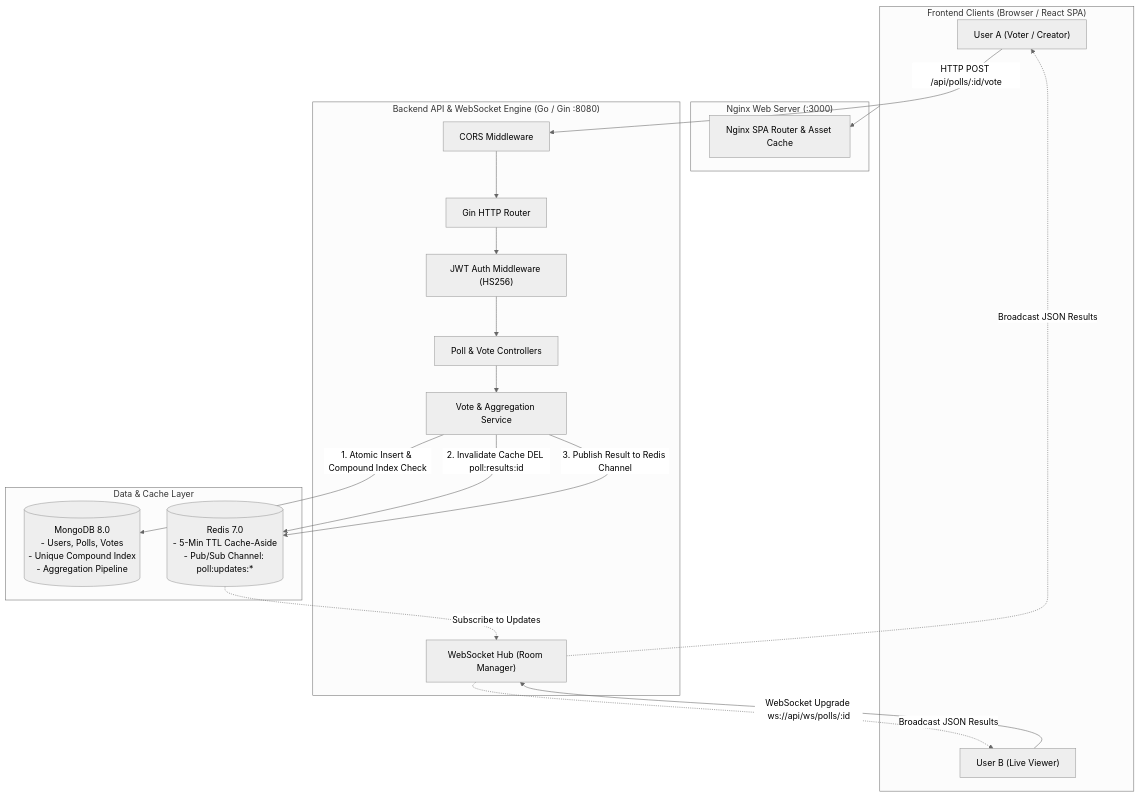
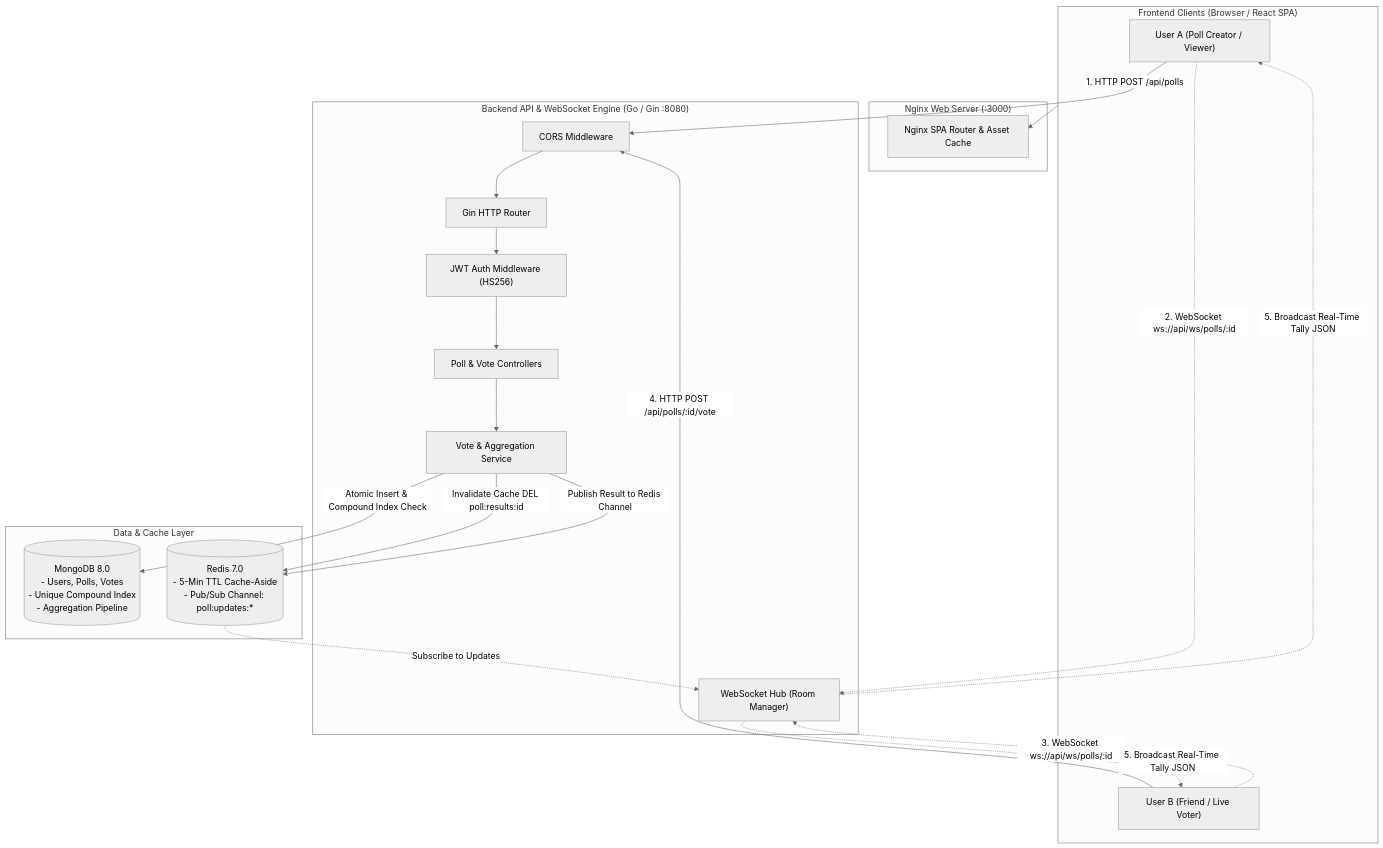
Before and after one commit to srinagapriya06122006/PollSphere-: the first of 2 diagrams in README.md, drawn with Mermaid (neutral theme). The commit also changed other lines of this file, not shown here.

Commit message:
docs: add End-to-End user flow, shareable link lifecycle, and multi-tab testing guide

````diff
--- a/README.md
+++ b/README.md
@@ -32,41 +34,43 @@
 ```mermaid
 flowchart TD
     subgraph Clients["Frontend Clients (Browser / React SPA)"]
-        UserA["User A (Voter / Creator)"]
-        UserB["User B (Live Viewer)"]
+        UserA["User A (Poll Creator / Viewer)"]
+        UserB["User B (Friend / Live Voter)"]
     end
 
     subgraph ReverseProxy["Nginx Web Server (:3000)"]
         Nginx["Nginx SPA Router & Asset Cache"]
     end
 
     subgraph BackendCluster["Backend API & WebSocket Engine (Go / Gin :8080)"]
         Router["Gin HTTP Router"]
         CORSMiddleware["CORS Middleware"]
         AuthMiddleware["JWT Auth Middleware (HS256)"]
         PollHandler["Poll & Vote Controllers"]
         WSHub["WebSocket Hub (Room Manager)"]
         VoteService["Vote & Aggregation Service"]
     end
 
     subgraph DataTier["Data & Cache Layer"]
         MongoDB[("MongoDB 8.0\n- Users, Polls, Votes\n- Unique Compound Index\n- Aggregation Pipeline")]
         Redis[("Redis 7.0\n- 5-Min TTL Cache-Aside\n- Pub/Sub Channel: poll:updates:*")]
     end
 
     Clients --> Nginx
-    UserA -->|HTTP POST /api/polls/:id/vote| CORSMiddleware
+    UserA -->|1. HTTP POST /api/polls| CORSMiddleware
+    UserB -->|4. HTTP POST /api/polls/:id/vote| CORSMiddleware
     CORSMiddleware --> Router
     Router --> AuthMiddleware
     AuthMiddleware --> PollHandler
     PollHandler --> VoteService
 
-    VoteService -->|1. Atomic Insert & Compound Index Check| MongoDB
-    VoteService -->|2. Invalidate Cache DEL poll:results:id| Redis
-    VoteService -->|3. Publish Result to Redis Channel| Redis
+    VoteService -->|Atomic Insert & Compound Index Check| MongoDB
+    VoteService -->|Invalidate Cache DEL poll:results:id| Redis
+    VoteService -->|Publish Result to Redis Channel| Redis
     Redis -.->|Subscribe to Updates| WSHub
 
-    UserB -->|WebSocket Upgrade ws://api/ws/polls/:id| WSHub
-    WSHub -.->|Broadcast JSON Results| UserB
-    WSHub -.->|Broadcast JSON Results| UserA
+    UserA -.->|2. WebSocket ws://api/ws/polls/:id| WSHub
+    UserB -.->|3. WebSocket ws://api/ws/polls/:id| WSHub
+    WSHub -.->|5. Broadcast Real-Time Tally JSON| UserA
+    WSHub -.->|5. Broadcast Real-Time Tally JSON| UserB
 ```
````
